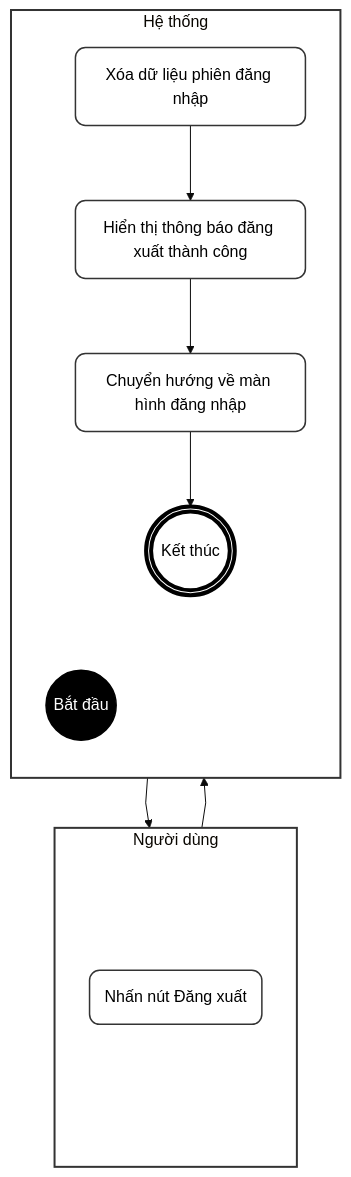
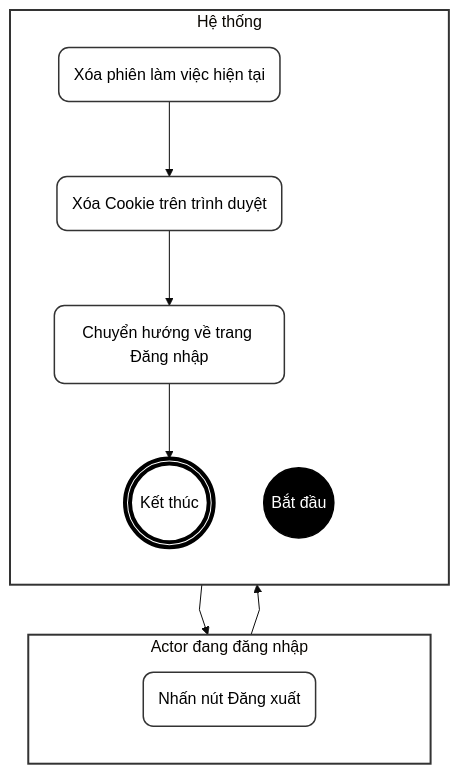
One commit to ChuDucAnh21/BE-quan-ly-su-kien changed the third of 8 diagrams in doc/system_analysis/activity diagram/08a_activity_auth_profile.md. Above: the diagram before and after it, drawn with Mermaid (base theme). The commit also changed other lines of this file and 14 other files, not shown here.

````diff
--- a/doc/system_analysis/activity diagram/08a_activity_auth_profile.md
+++ b/doc/system_analysis/activity diagram/08a_activity_auth_profile.md
@@ -212,44 +113,37 @@
 ```mermaid
 %%{init: {"flowchart": {"curve": "linear"}}}%%
 flowchart TD
     classDef default fill:#fff,stroke:#333,stroke-width:1.5px,color:#000,rx:10px,ry:10px;
     classDef startNode fill:#000,stroke:#000,color:#fff;
     classDef endNode fill:#fff,stroke:#000,stroke-width:4px,color:#000;
     classDef hidden fill:none,stroke:none,color:none;
 
-    subgraph TacNhan [Người dùng]
+    subgraph Actor [Actor đang đăng nhập]
         direction TB
         T_start(" "):::hidden
         A(Nhấn nút Đăng xuất)
         T_end(" "):::hidden
     end
 
-    subgraph HeThong [Hệ thống]
+    subgraph System [Hệ thống]
         direction TB
         H_start(" "):::hidden
         Start((Bắt đầu)):::startNode
-        B(Xóa dữ liệu phiên đăng nhập)
-        C(Hiển thị thông báo đăng xuất thành công)
-        D(Chuyển hướng về màn hình đăng nhập)
+        B(Xóa phiên làm việc hiện tại)
+        C(Xóa Cookie trên trình duyệt)
+        D(Chuyển hướng về trang Đăng nhập)
         End(((Kết thúc))):::endNode
         H_end(" "):::hidden
     end
 
     T_start ~~~ H_start
     T_end ~~~ H_end
-
-    T_start ~~~ A
-    A ~~~ T_end
-
-    H_start ~~~ Start
-    End ~~~ H_end
-
     Start --> A
     A --> B
     B --> C
     C --> D
     D --> End
 
-    style TacNhan fill:#fff,stroke:#333,stroke-width:2px
-    style HeThong fill:#fff,stroke:#333,stroke-width:2px
+    style Actor fill:#fff,stroke:#333,stroke-width:2px
+    style System fill:#fff,stroke:#333,stroke-width:2px
 ```
````
